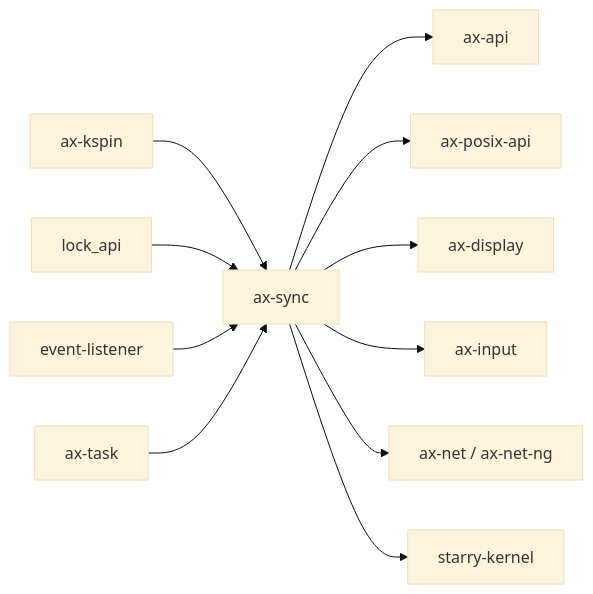
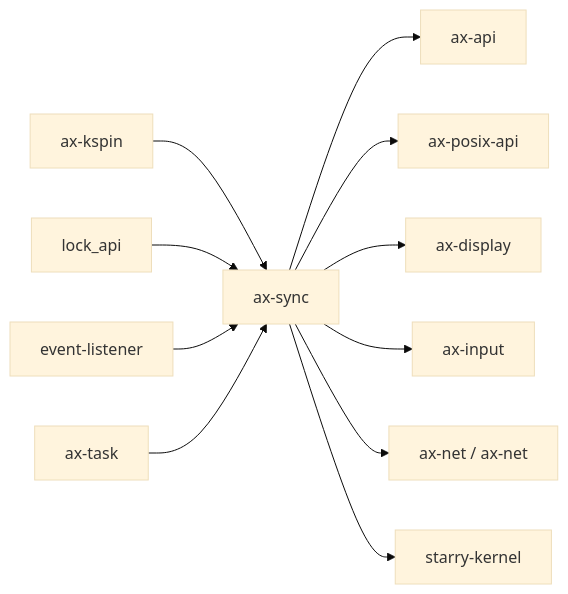
The second of 2 diagrams in docs/docs/components/crates/ax-sync.md (rcore-os/tgoskits), drawn with Mermaid (base theme) before and after one commit. The commit also changed other lines of this file and 76 other files, not shown here.

````diff
--- a/docs/docs/components/crates/ax-sync.md
+++ b/docs/docs/components/crates/ax-sync.md
@@ -109,14 +109,14 @@
 ```mermaid
 graph LR
     ax_kspin["ax-kspin"] --> ax-sync["ax-sync"]
     lock_api["lock_api"] --> ax-sync
     event_listener["event-listener"] --> ax-sync
     ax-task["ax-task"] --> ax-sync
 
     ax-sync --> ax-api["ax-api"]
     ax-sync --> ax-posix-api["ax-posix-api"]
     ax-sync --> ax-display["ax-display"]
     ax-sync --> ax-input["ax-input"]
-    ax-sync --> ax-net["ax-net / ax-net-ng"]
+    ax-sync --> ax-net["ax-net / ax-net"]
     ax-sync --> starry_kernel["starry-kernel"]
 ```
````
